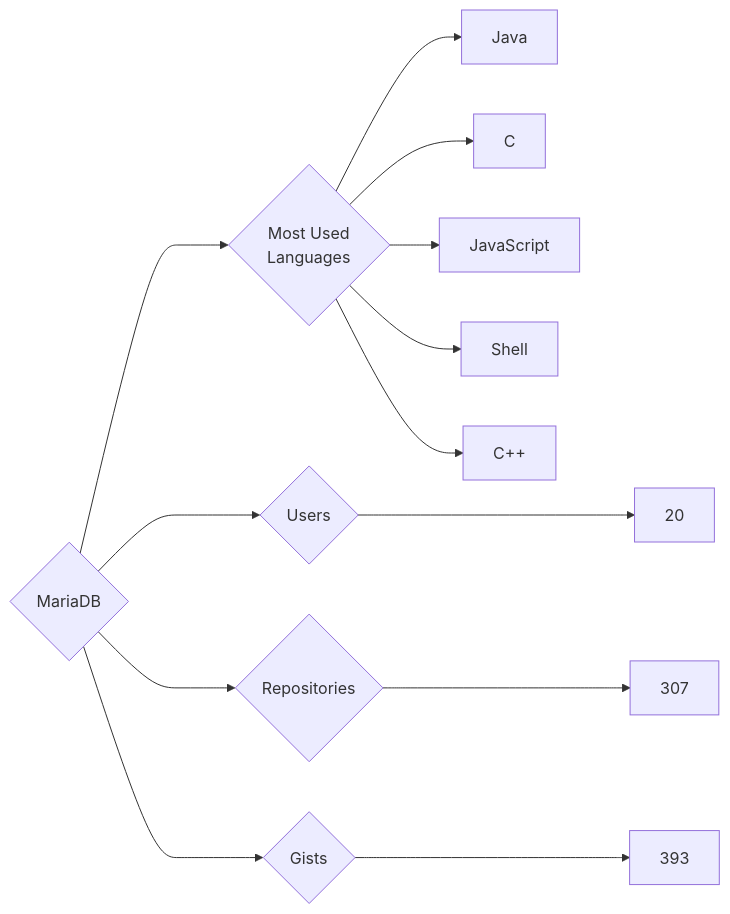
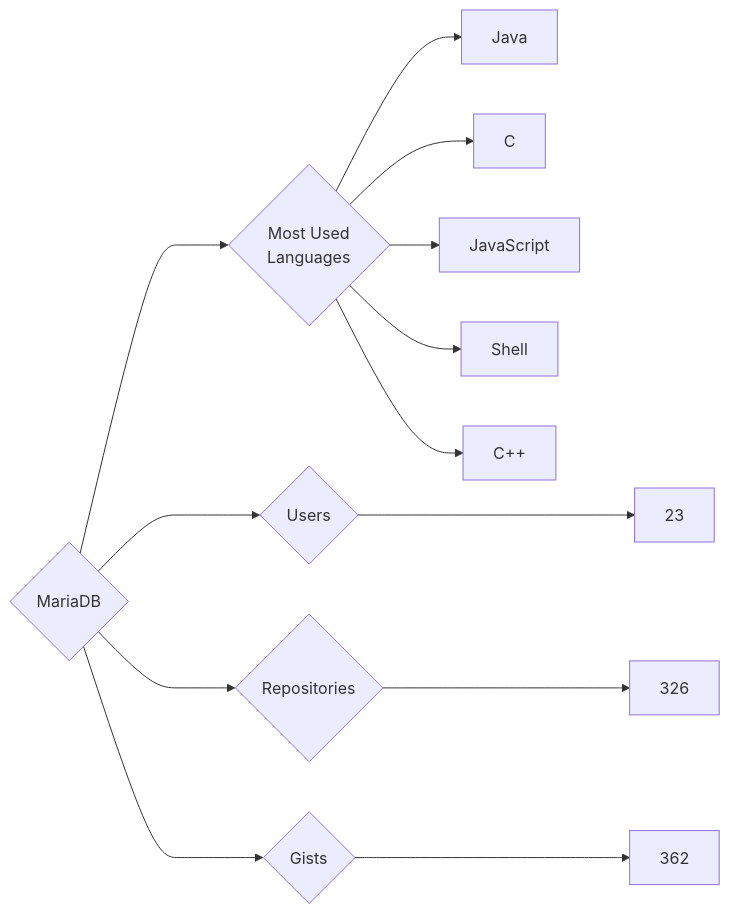
Before and after one commit to trickest/insiders: the diagram in targets/MariaDB/README.md, drawn with Mermaid. The commit also changed 1696 other files, not shown here.

````diff
--- a/targets/MariaDB/README.md
+++ b/targets/MariaDB/README.md
@@ -3,13 +3,13 @@
 ```mermaid
 graph LR
 COMPANY_NAME{MariaDB}
-COMPANY_NAME ---> U{Users} ---> UN[20]
-COMPANY_NAME ---> R{Repositories} ---> RN[307]
-COMPANY_NAME ---> G{Gists} ---> GN[393]
+COMPANY_NAME ---> U{Users} ---> UN[23]
+COMPANY_NAME ---> R{Repositories} ---> RN[326]
+COMPANY_NAME ---> G{Gists} ---> GN[362]
 COMPANY_NAME ---> ML{Most Used<br>Languages}
 ML --> Java[Java]
 ML --> C[C]
 ML --> JavaScript[JavaScript]
 ML --> Shell[Shell]
 ML --> C++[C++]
 ```
````
